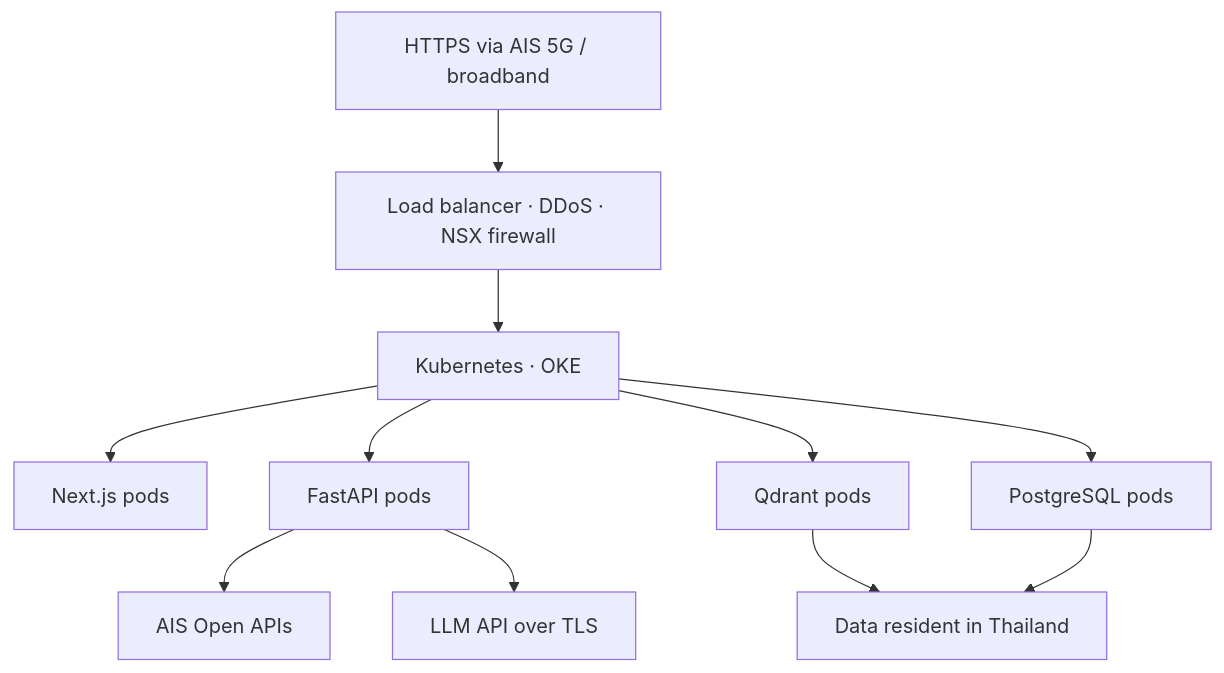
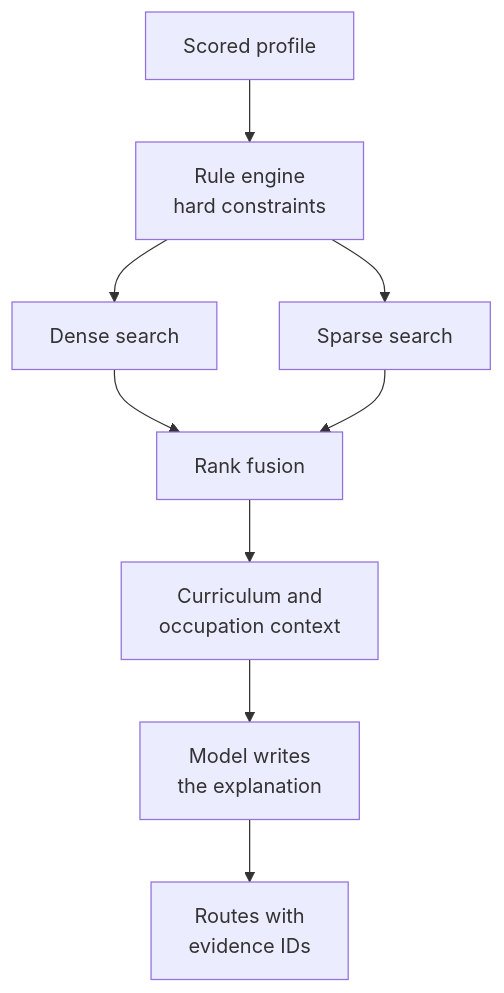
One commit to winxtxrgit/futureme-ai changed the third of 4 diagrams in READMEEN.md. Above: the diagram before and after it, drawn with Mermaid. The commit also changed other lines of this file and 4 other files, not shown here.

````diff
--- a/READMEEN.md
+++ b/READMEEN.md
@@ -406,13 +359,11 @@
 ```mermaid
 flowchart TD
-    A["HTTPS via AIS 5G / broadband"] --> B["Load balancer · DDoS · NSX firewall"]
-    B --> C["Kubernetes · OKE"]
-    C --> D["Next.js pods"]
-    C --> E["FastAPI pods"]
-    C --> F["Qdrant pods"]
-    C --> G["PostgreSQL pods"]
-    E --> H["AIS Open APIs"]
-    E --> I["LLM API over TLS"]
-    F --> J["Data resident in Thailand"]
-    G --> J
+    A["Scored profile"] --> B["Rule engine<br/>hard constraints"]
+    B --> C["Dense search"]
+    B --> D["Sparse search"]
+    C --> E["Rank fusion"]
+    D --> E
+    E --> F["Curriculum and<br/>occupation context"]
+    F --> G["Model writes<br/>the explanation"]
+    G --> H["Routes with<br/>evidence IDs"]
 ```
````
